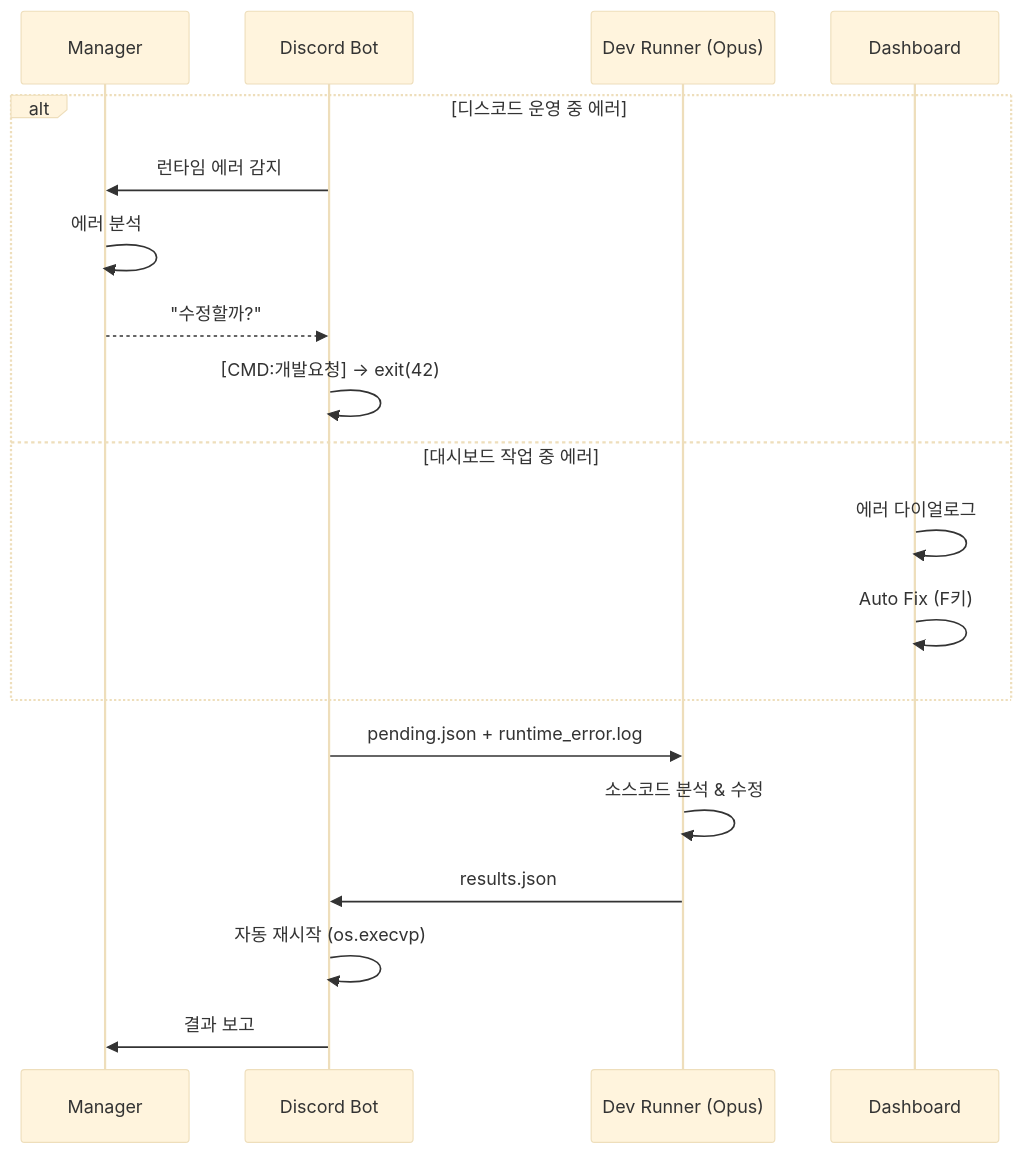
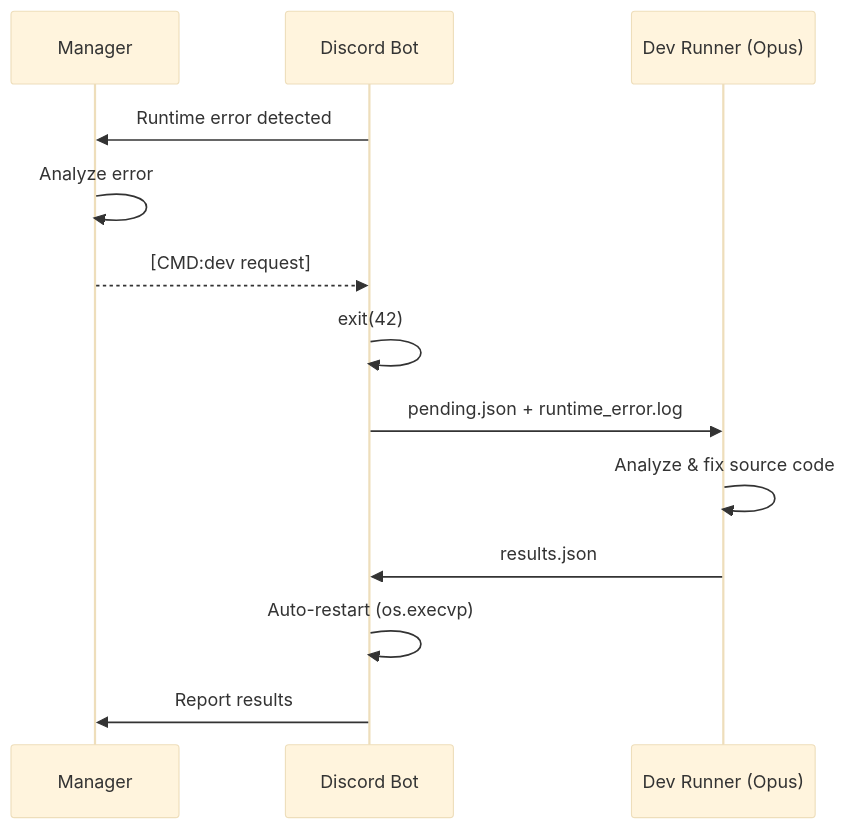
One commit to je-empty/Glimi changed the fourth of 4 diagrams in README.md. Above: the diagram before and after it, drawn with Mermaid (base theme). The commit also changed other lines of this file and 1 other file, not shown here.

First line of the commit message:
README: English + Korean split, improved agent structure diagram

````diff
--- a/README.md
+++ b/README.md
@@ -201,23 +217,16 @@
 ```mermaid
 sequenceDiagram
     participant M as Manager
     participant Bot as Discord Bot
     participant Dev as Dev Runner (Opus)
-    participant Dash as Dashboard
 
-    alt 디스코드 운영 중 에러
-        Bot->>M: 런타임 에러 감지
-        M->>M: 에러 분석
-        M-->>Bot: "수정할까?"
-        Bot->>Bot: [CMD:개발요청] → exit(42)
-    else 대시보드 작업 중 에러
-        Dash->>Dash: 에러 다이얼로그
-        Dash->>Dash: Auto Fix (F키)
-    end
-
+    Bot->>M: Runtime error detected
+    M->>M: Analyze error
+    M-->>Bot: [CMD:dev request]
+    Bot->>Bot: exit(42)
     Bot->>Dev: pending.json + runtime_error.log
-    Dev->>Dev: 소스코드 분석 & 수정
+    Dev->>Dev: Analyze & fix source code
     Dev->>Bot: results.json
-    Bot->>Bot: 자동 재시작 (os.execvp)
-    Bot->>M: 결과 보고
+    Bot->>Bot: Auto-restart (os.execvp)
+    Bot->>M: Report results
 ```
````
